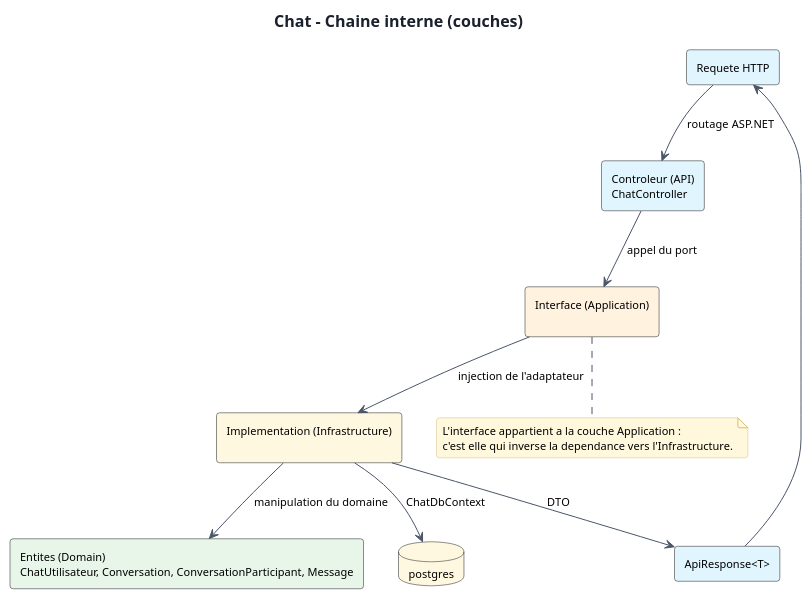
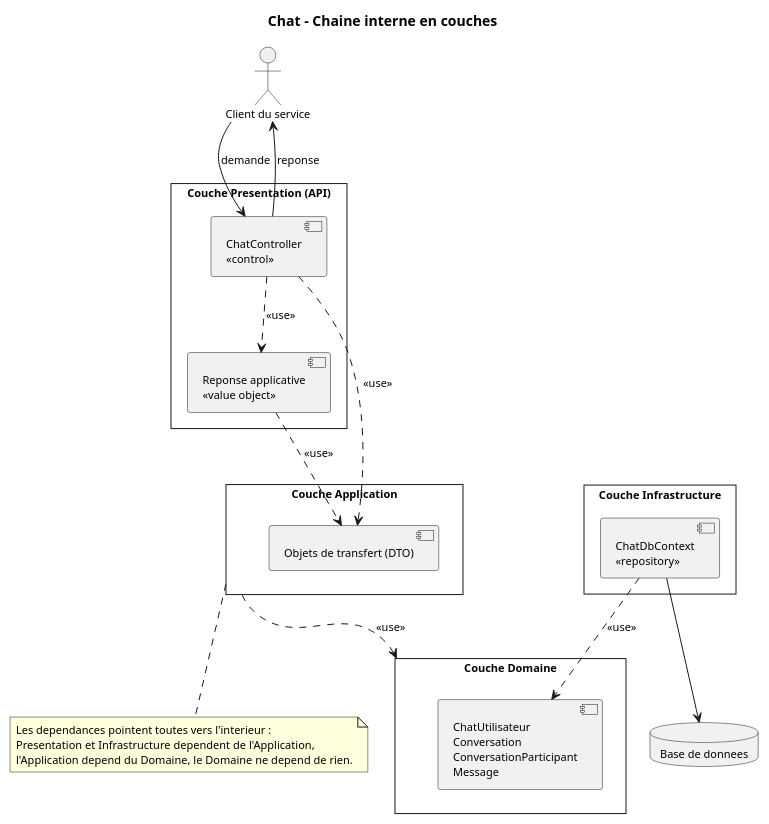
One commit to saber-barhoumi/Xpark-gmao changed the diagram in docs/diagrams/microservices/Chat/Chat-service-flow.puml. Above: the diagram before and after it, drawn with PlantUML. The commit also changed 37 other files, not shown here.

First line of the commit message:
docs(uml): correctifs semantiques sur les diagrammes des microservices

```diff
--- a/docs/diagrams/microservices/Chat/Chat-service-flow.puml
+++ b/docs/diagrams/microservices/Chat/Chat-service-flow.puml
@@ -1,40 +1,58 @@
 @startuml
 skinparam style strictuml
-skinparam backgroundColor #FFFFFF
+skinparam packageStyle rectangle
+skinparam classAttributeIconSize 0
 skinparam shadowing false
 skinparam defaultFontName Verdana
 skinparam defaultFontSize 11
-skinparam roundCorner 6
-skinparam ArrowColor #4A5568
-skinparam TitleFontSize 16
-skinparam TitleFontColor #1A202C
-skinparam NoteBackgroundColor #FFF8DC
-skinparam NoteBorderColor #D6BF7A
-skinparam componentStyle rectangle
+skinparam backgroundColor #FFFFFF
+hide empty members
 
-title Chat - Chaine interne (couches)
+title Chat - Chaine interne en couches
 
 skinparam componentStyle rectangle
 
-rectangle "Requete HTTP" as R #E1F5FE
-rectangle "Controleur (API)\nChatController" as C #E1F5FE
-rectangle "Interface (Application)\n" as I #FFF3E0
-rectangle "Implementation (Infrastructure)\n" as S #FFF8E1
-rectangle "Entites (Domain)\nChatUtilisateur, Conversation, ConversationParticipant, Message" as E #E8F5E9
-database "postgres" as PG #FFF8E1
-rectangle "ApiResponse<T>" as RESP #E1F5FE
+actor "Client du service" as CLIENT
 
-R --> C : routage ASP.NET
-C --> I : appel du port
-I --> S : injection de l'adaptateur
-S --> E : manipulation du domaine
-S --> PG : ChatDbContext
-S --> RESP : DTO
-RESP --> R
+package "Couche Presentation (API)" as P_API {
+  component "ChatController\n<<control>>" as CTRL
+  component "Reponse applicative\n<<value object>>" as RESP
+}
 
-note bottom of I
-  L'interface appartient a la couche Application :
-  c'est elle qui inverse la dependance vers l'Infrastructure.
+package "Couche Application" as P_APP {
+  component "Objets de transfert (DTO)" as DTO
+}
+
+package "Couche Domaine" as P_DOM {
+  component "ChatUtilisateur\nConversation\nConversationParticipant\nMessage" as ENT
+}
+
+package "Couche Infrastructure" as P_INF {
+  component "ChatDbContext\n<<repository>>" as CTX
+}
+
+database "Base de donnees" as BD
+
+' Flux de la demande, puis retour par le controleur
+CLIENT --> CTRL : demande
+CTRL --> CLIENT : reponse
+CTRL ..> DTO : << use >>
+CTRL ..> RESP : << use >>
+RESP ..> DTO : << use >>
+
+' Inversion de dependance : l'Infrastructure realise les contrats
+' declares par l'Application. Aucune fleche ne part de l'Application
+' vers l'Infrastructure.
+
+CTX ..> ENT : << use >>
+CTX --> BD
+
+P_APP ..> P_DOM : << use >>
+
+note bottom of P_APP
+  Les dependances pointent toutes vers l'interieur :
+  Presentation et Infrastructure dependent de l'Application,
+  l'Application depend du Domaine, le Domaine ne depend de rien.
 end note
 
 @enduml
```
